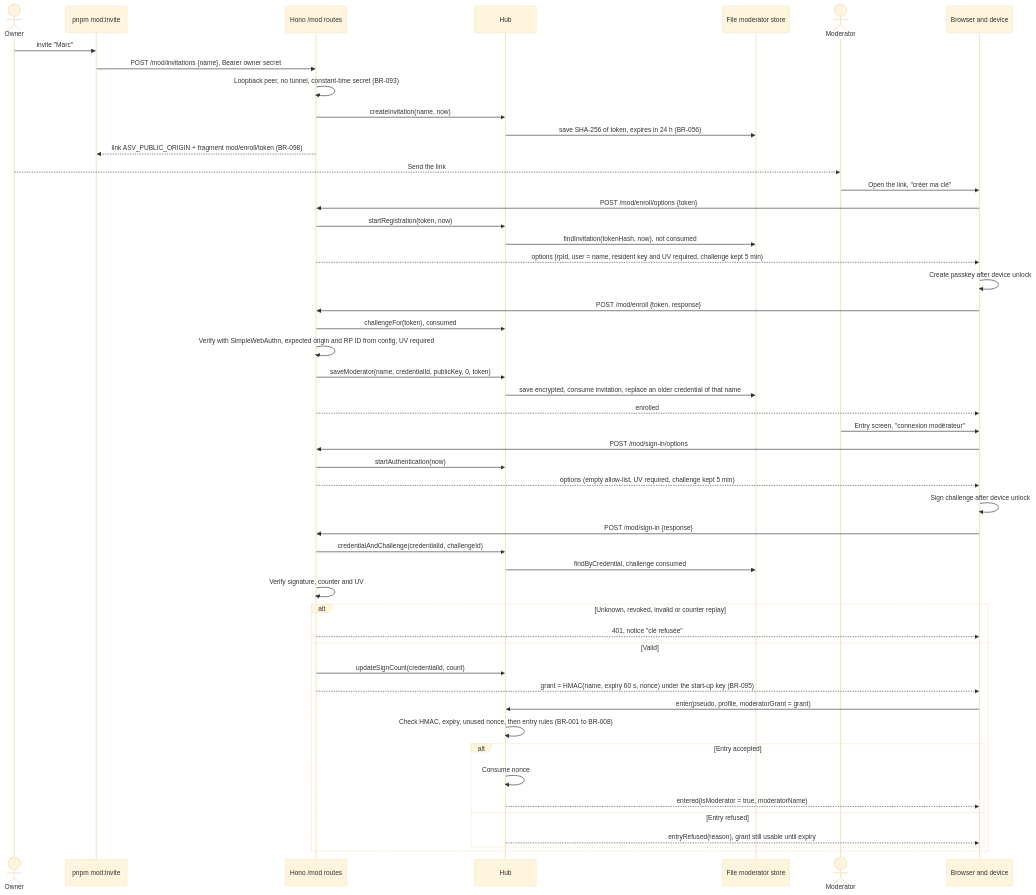
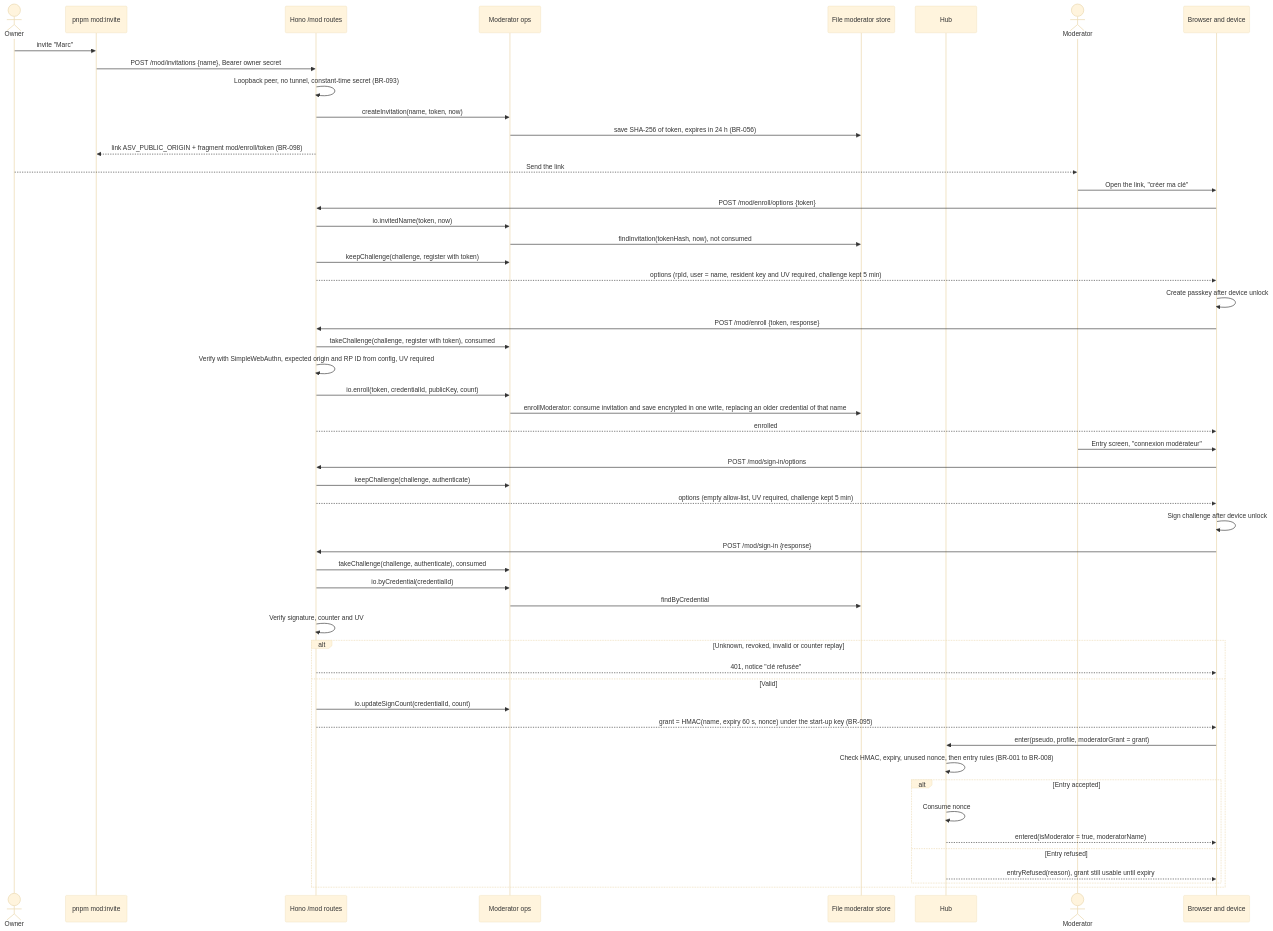
The diagram in docs/architecture/diagrams/moderation/02f-sequence-node-passkeys.md (benoit-bremaud/asv), drawn with Mermaid (base theme) before and after one commit. The commit also changed other lines of this file and 50 other files, not shown here.

````diff
--- a/docs/architecture/diagrams/moderation/02f-sequence-node-passkeys.md
+++ b/docs/architecture/diagrams/moderation/02f-sequence-node-passkeys.md
@@ -19,52 +20,55 @@
 ```mermaid
 sequenceDiagram
   actor OW as Owner
   participant CLI as pnpm mod:invite
   participant R as Hono /mod routes
+  participant O as Moderator ops
+  participant MS as File moderator store
   participant H as Hub
-  participant MS as File moderator store
   actor M as Moderator
   participant B as Browser and device
   OW->>CLI: invite "Marc"
   CLI->>R: POST /mod/invitations {name}, Bearer owner secret
   R->>R: Loopback peer, no tunnel, constant-time secret (BR-093)
-  R->>H: createInvitation(name, now)
-  H->>MS: save SHA-256 of token, expires in 24 h (BR-056)
+  R->>O: createInvitation(name, token, now)
+  O->>MS: save SHA-256 of token, expires in 24 h (BR-056)
   R-->>CLI: link ASV_PUBLIC_ORIGIN + fragment mod/enroll/token (BR-098)
   OW-->>M: Send the link
   M->>B: Open the link, "créer ma clé"
   B->>R: POST /mod/enroll/options {token}
-  R->>H: startRegistration(token, now)
-  H->>MS: findInvitation(tokenHash, now), not consumed
+  R->>O: io.invitedName(token, now)
+  O->>MS: findInvitation(tokenHash, now), not consumed
+  R->>O: keepChallenge(challenge, register with token)
   R-->>B: options (rpId, user = name, resident key and UV required, challenge kept 5 min)
   B->>B: Create passkey after device unlock
   B->>R: POST /mod/enroll {token, response}
-  R->>H: challengeFor(token), consumed
+  R->>O: takeChallenge(challenge, register with token), consumed
   R->>R: Verify with SimpleWebAuthn, expected origin and RP ID from config, UV required
-  R->>H: saveModerator(name, credentialId, publicKey, 0, token)
-  H->>MS: save encrypted, consume invitation, replace an older credential of that name
+  R->>O: io.enroll(token, credentialId, publicKey, count)
+  O->>MS: enrollModerator: consume invitation and save encrypted in one write, replacing an older credential of that name
   R-->>B: enrolled
   M->>B: Entry screen, "connexion modérateur"
   B->>R: POST /mod/sign-in/options
-  R->>H: startAuthentication(now)
+  R->>O: keepChallenge(challenge, authenticate)
   R-->>B: options (empty allow-list, UV required, challenge kept 5 min)
   B->>B: Sign challenge after device unlock
   B->>R: POST /mod/sign-in {response}
-  R->>H: credentialAndChallenge(credentialId, challengeId)
-  H->>MS: findByCredential, challenge consumed
+  R->>O: takeChallenge(challenge, authenticate), consumed
+  R->>O: io.byCredential(credentialId)
+  O->>MS: findByCredential
   R->>R: Verify signature, counter and UV
   alt Unknown, revoked, invalid or counter replay
     R-->>B: 401, notice "clé refusée"
   else Valid
-    R->>H: updateSignCount(credentialId, count)
+    R->>O: io.updateSignCount(credentialId, count)
     R-->>B: grant = HMAC(name, expiry 60 s, nonce) under the start-up key (BR-095)
     B->>H: enter(pseudo, profile, moderatorGrant = grant)
     H->>H: Check HMAC, expiry, unused nonce, then entry rules (BR-001 to BR-008)
     alt Entry accepted
       H->>H: Consume nonce
       H-->>B: entered(isModerator = true, moderatorName)
     else Entry refused
       H-->>B: entryRefused(reason), grant still usable until expiry
     end
   end
 ```
````
